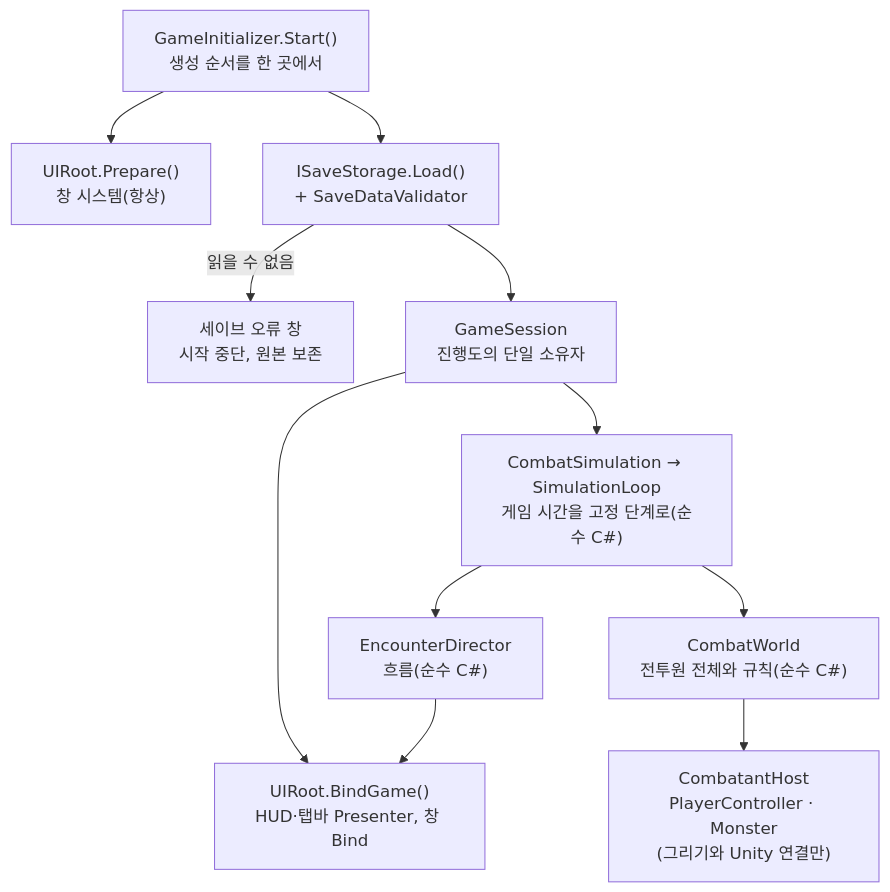
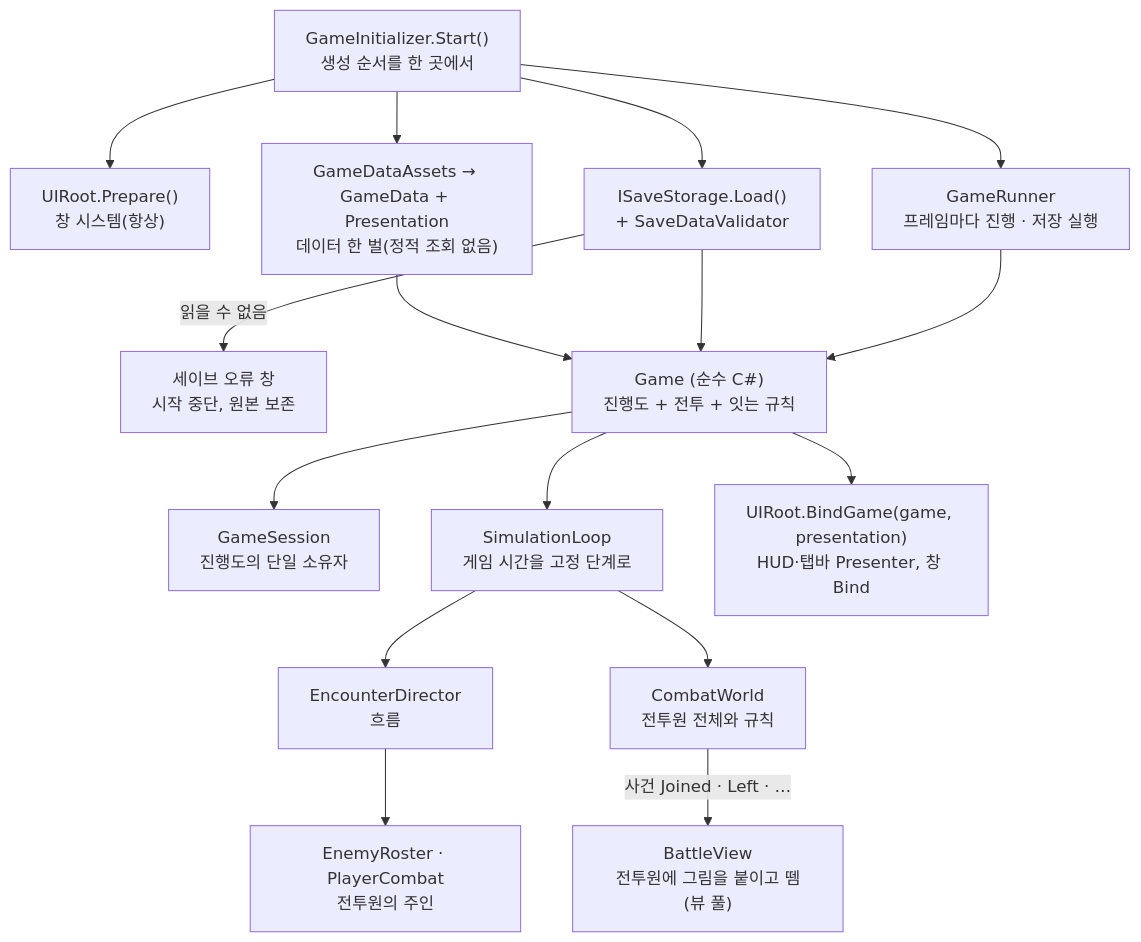
One commit to answk427/IdleGameProtoType changed the first of 6 diagrams in README.md. Above: the diagram before and after it, drawn with Mermaid. The commit also changed other lines of this file and 113 other files, not shown here.

First line of the commit message:
refactor: 5-C 전 구조 정리 — 게임 계층(Game), 전투원의 주인 = 시뮬레이션, 데이터 한 벌

````diff
--- a/README.md
+++ b/README.md
@@ -60,13 +60,18 @@
 ```mermaid
 flowchart TB
     GI["GameInitializer.Start()<br/>생성 순서를 한 곳에서"] --> UIP["UIRoot.Prepare()<br/>창 시스템(항상)"]
+    GI --> DATA["GameDataAssets → GameData + Presentation<br/>데이터 한 벌(정적 조회 없음)"]
     GI --> LOAD["ISaveStorage.Load()<br/>+ SaveDataValidator"]
     LOAD -->|"읽을 수 없음"| ERR["세이브 오류 창<br/>시작 중단, 원본 보존"]
-    LOAD --> GS["GameSession<br/>진행도의 단일 소유자"]
-    GS --> SIM["CombatSimulation → SimulationLoop<br/>게임 시간을 고정 단계로(순수 C#)"]
-    SIM --> ED["EncounterDirector<br/>흐름(순수 C#)"]
-    SIM --> CW["CombatWorld<br/>전투원 전체와 규칙(순수 C#)"]
-    CW --> HOST["CombatantHost<br/>PlayerController · Monster<br/>(그리기와 Unity 연결만)"]
-    GS --> UIB["UIRoot.BindGame()<br/>HUD·탭바 Presenter, 창 Bind"]
-    ED --> UIB
+    DATA --> GAME
+    LOAD --> GAME["Game (순수 C#)<br/>진행도 + 전투 + 잇는 규칙"]
+    GAME --> GS["GameSession<br/>진행도의 단일 소유자"]
+    GAME --> SIM["SimulationLoop<br/>게임 시간을 고정 단계로"]
+    SIM --> ED["EncounterDirector<br/>흐름"]
+    SIM --> CW["CombatWorld<br/>전투원 전체와 규칙"]
+    ED --> ROS["EnemyRoster · PlayerCombat<br/>전투원의 주인"]
+    CW -->|"사건 Joined · Left · …"| BV["BattleView<br/>전투원에 그림을 붙이고 뗌(뷰 풀)"]
+    GI --> RUN["GameRunner<br/>프레임마다 진행 · 저장 실행"]
+    RUN --> GAME
+    GAME --> UIB["UIRoot.BindGame(game, presentation)<br/>HUD·탭바 Presenter, 창 Bind"]
 ```
````
